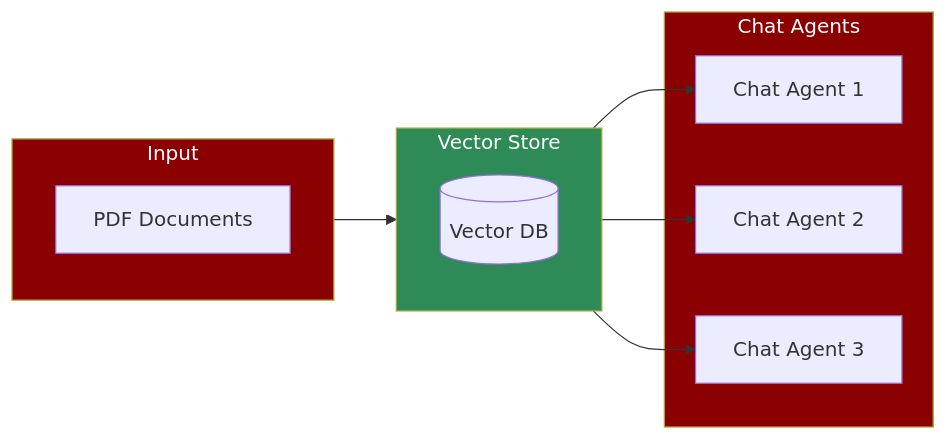
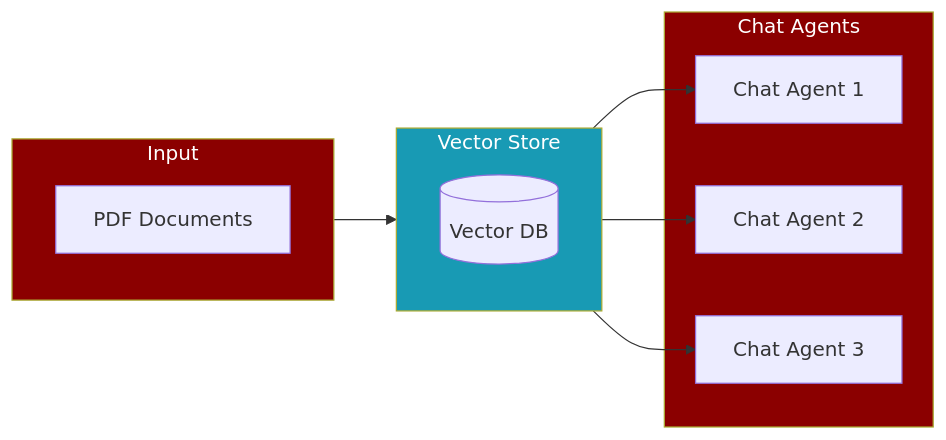
The second of 2 diagrams in docs/features/chat-with-pdf.mdx (MervinPraison/PraisonAIDocs), drawn with Mermaid before and after one commit. The commit also changed other lines of this file and 10 other files, not shown here.

First line of the commit message:
docs: normalise §3.1 Mermaid palette in features + tools (fixes #1556)

````diff
--- a/docs/features/chat-with-pdf.mdx
+++ b/docs/features/chat-with-pdf.mdx
@@ -85,25 +85,25 @@
 ```mermaid
 flowchart LR
     subgraph In[Input]
         PDF[PDF Documents]
     end
 
     subgraph Router[Vector Store]
         DB[(Vector DB)]
     end
     
     subgraph Out[Chat Agents]
         A1[Chat Agent 1]
         A2[Chat Agent 2]
         A3[Chat Agent 3]
     end
 
     In --> Router
     Router --> A1
     Router --> A2
     Router --> A3
 
     style In fill:#8B0000,color:#fff
-    style Router fill:#2E8B57,color:#fff
+    style Router fill:#189AB4,color:#fff
     style Out fill:#8B0000,color:#fff
 ```
````
